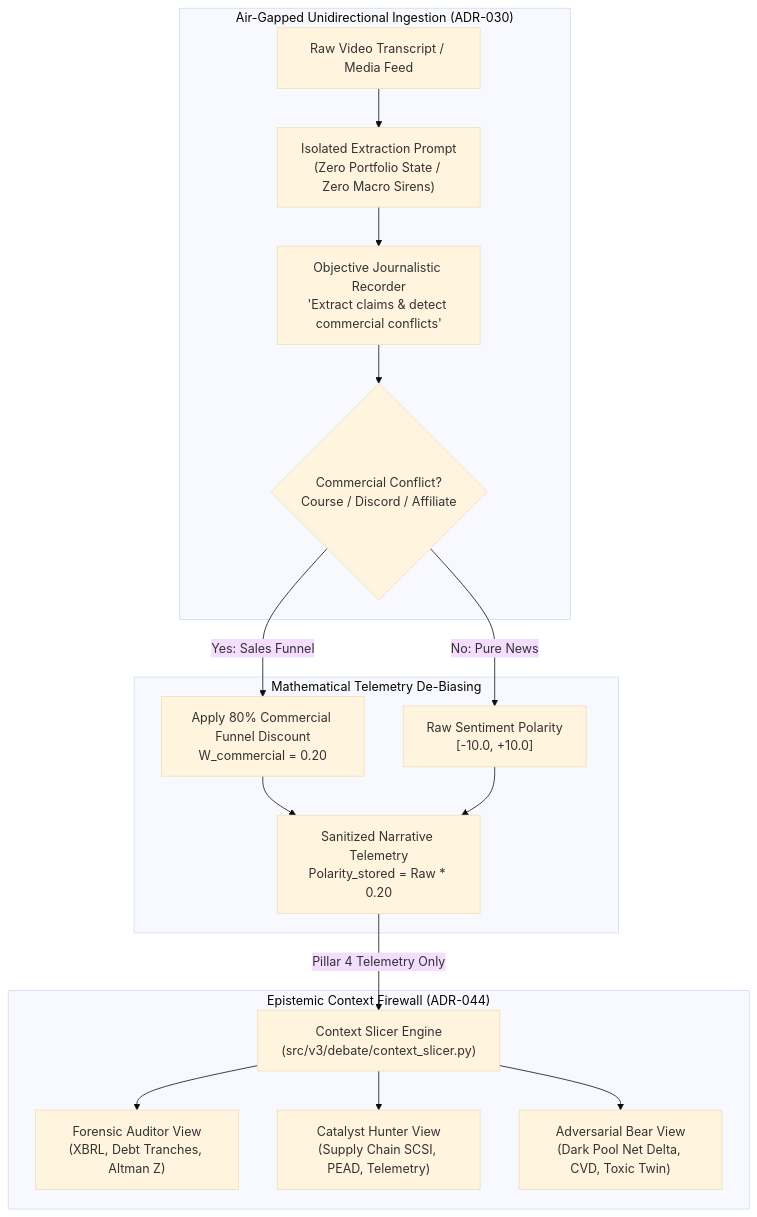
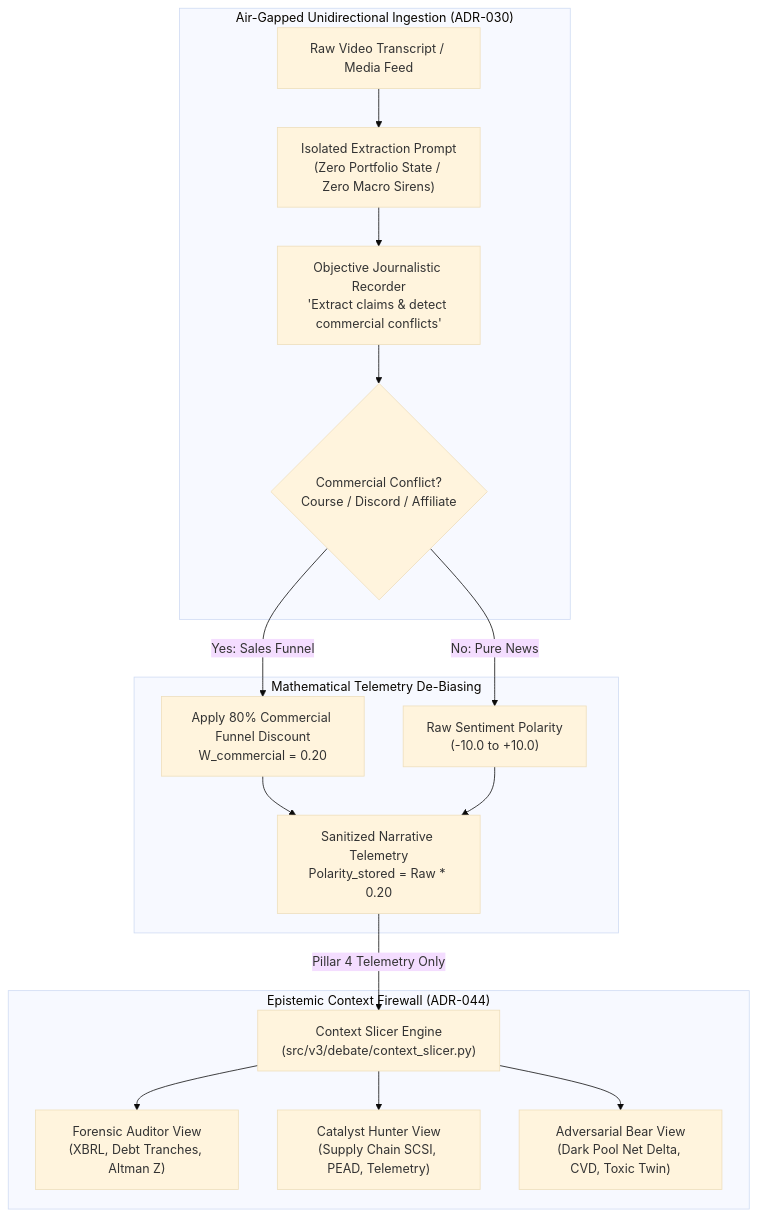
The fourth of 11 diagrams in templates_and_resources/stories/autonomous_agentic_quant_engineering_master_guide.md (bdchang403/AI_Software_Foundations), drawn with Mermaid (base theme) before and after one commit. The commit also changed other lines of this file, not shown here.

Commit message:
Fix nested square brackets in master guide Mermaid diagrams

````diff
--- a/templates_and_resources/stories/autonomous_agentic_quant_engineering_master_guide.md
+++ b/templates_and_resources/stories/autonomous_agentic_quant_engineering_master_guide.md
@@ -1306,36 +1306,36 @@
 ```mermaid
 flowchart TB
     subgraph Air_Gapped_Ingestion ["Air-Gapped Unidirectional Ingestion (ADR-030)"]
         RAW["Raw Video Transcript / Media Feed"]
         ISO_PROMPT["Isolated Extraction Prompt<br/>(Zero Portfolio State / Zero Macro Sirens)"]
         RECORDER["Objective Journalistic Recorder<br/>'Extract claims & detect commercial conflicts'"]
         CONFLICT{"Commercial Conflict?<br/>Course / Discord / Affiliate"}
         
         RAW --> ISO_PROMPT
         ISO_PROMPT --> RECORDER
         RECORDER --> CONFLICT
     end
 
     subgraph Telemetry_Debiasing ["Mathematical Telemetry De-Biasing"]
-        RAW_P["Raw Sentiment Polarity<br/>[-10.0, +10.0]"]
+        RAW_P["Raw Sentiment Polarity<br/>(-10.0 to +10.0)"]
         DISC["Apply 80% Commercial Funnel Discount<br/>W_commercial = 0.20"]
         CLEAN_P["Sanitized Narrative Telemetry<br/>Polarity_stored = Raw * 0.20"]
         
         CONFLICT -->|Yes: Sales Funnel| DISC
         CONFLICT -->|No: Pure News| RAW_P
         DISC --> CLEAN_P
         RAW_P --> CLEAN_P
     end
 
     subgraph Epistemic_Firewall ["Epistemic Context Firewall (ADR-044)"]
         SLICER["Context Slicer Engine<br/>(src/v3/debate/context_slicer.py)"]
         AUDITOR["Forensic Auditor View<br/>(XBRL, Debt Tranches, Altman Z)"]
         CATALYST["Catalyst Hunter View<br/>(Supply Chain SCSI, PEAD, Telemetry)"]
         ADVERSARY["Adversarial Bear View<br/>(Dark Pool Net Delta, CVD, Toxic Twin)"]
         
         CLEAN_P -->|"Pillar 4 Telemetry Only"| SLICER
         SLICER --> AUDITOR
         SLICER --> CATALYST
         SLICER --> ADVERSARY
     end
 ```
````
